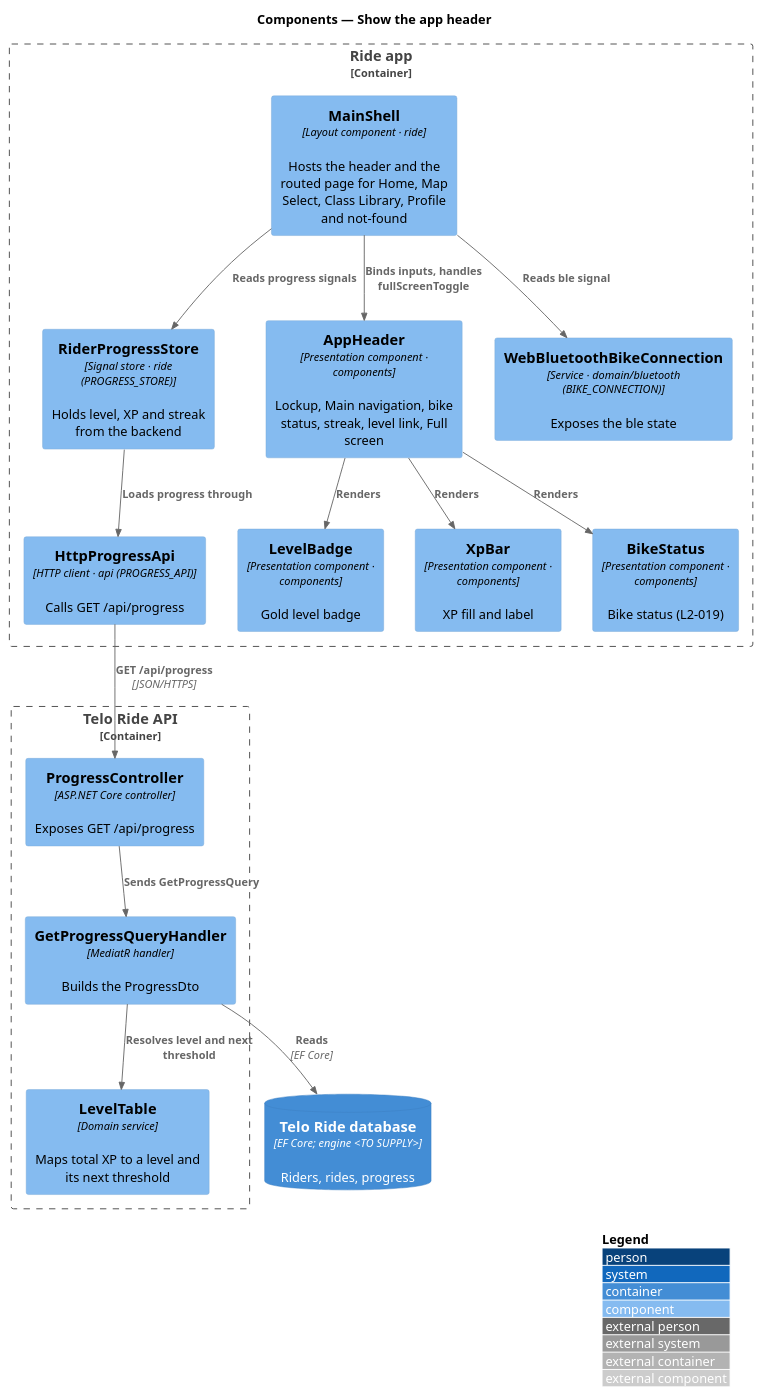
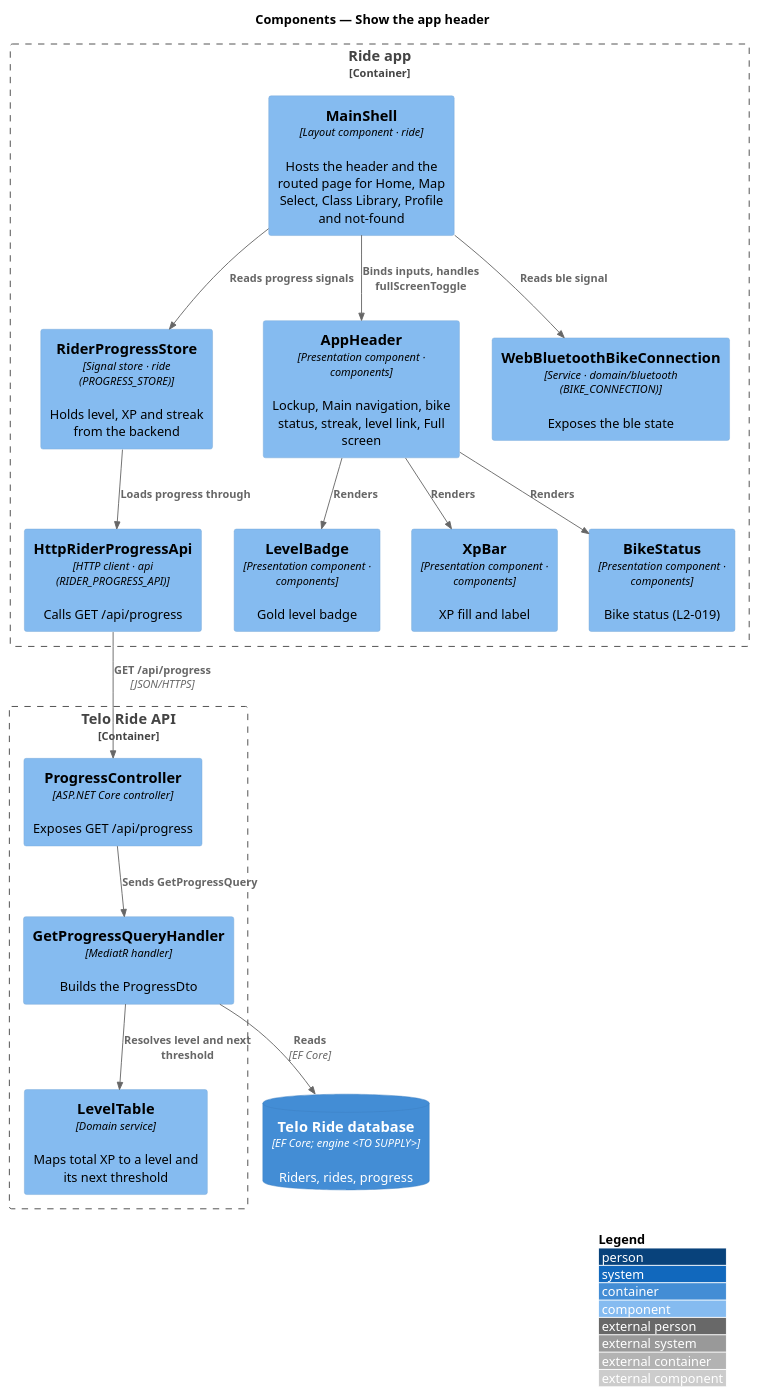
The diagram in docs/detailed-designs/home/show-the-app-header/diagrams/c4-component.puml (QuinntyneBrown/ride-one), drawn with PlantUML before and after one commit. The commit also changed 8 other files, not shown here.

```diff
--- a/docs/detailed-designs/home/show-the-app-header/diagrams/c4-component.puml
+++ b/docs/detailed-designs/home/show-the-app-header/diagrams/c4-component.puml
@@ -1,34 +1,34 @@
 @startuml
 !include <C4/C4_Component>
 LAYOUT_WITH_LEGEND()
 title Components — Show the app header
 
 Container_Boundary(app, "Ride app") {
   Component(shell, "MainShell", "Layout component · ride", "Hosts the header and the routed page for Home, Map Select, Class Library, Profile and not-found")
   Component(store, "RiderProgressStore", "Signal store · ride (PROGRESS_STORE)", "Holds level, XP and streak from the backend")
   Component(apphdr, "AppHeader", "Presentation component · components", "Lockup, Main navigation, bike status, streak, level link, Full screen")
   Component(badge, "LevelBadge", "Presentation component · components", "Gold level badge")
   Component(xpbar, "XpBar", "Presentation component · components", "XP fill and label")
   Component(bikestatus, "BikeStatus", "Presentation component · components", "Bike status (L2-019)")
   Component(conn, "WebBluetoothBikeConnection", "Service · domain/bluetooth (BIKE_CONNECTION)", "Exposes the ble state")
-  Component(client, "HttpProgressApi", "HTTP client · api (PROGRESS_API)", "Calls GET /api/progress")
+  Component(client, "HttpRiderProgressApi", "HTTP client · api (RIDER_PROGRESS_API)", "Calls GET /api/progress")
 }
 Container_Boundary(api, "Telo Ride API") {
   Component(ctrl, "ProgressController", "ASP.NET Core controller", "Exposes GET /api/progress")
   Component(handler, "GetProgressQueryHandler", "MediatR handler", "Builds the ProgressDto")
   Component(levels, "LevelTable", "Domain service", "Maps total XP to a level and its next threshold")
 }
 ContainerDb(db, "Telo Ride database", "EF Core; engine <TO SUPPLY>", "Riders, rides, progress")
 
 Rel(shell, store, "Reads progress signals")
 Rel(shell, conn, "Reads ble signal")
 Rel(shell, apphdr, "Binds inputs, handles fullScreenToggle")
 Rel(apphdr, badge, "Renders")
 Rel(apphdr, xpbar, "Renders")
 Rel(apphdr, bikestatus, "Renders")
 Rel(store, client, "Loads progress through")
 Rel(client, ctrl, "GET /api/progress", "JSON/HTTPS")
 Rel(ctrl, handler, "Sends GetProgressQuery")
 Rel(handler, levels, "Resolves level and next threshold")
 Rel(handler, db, "Reads", "EF Core")
 @enduml
```
